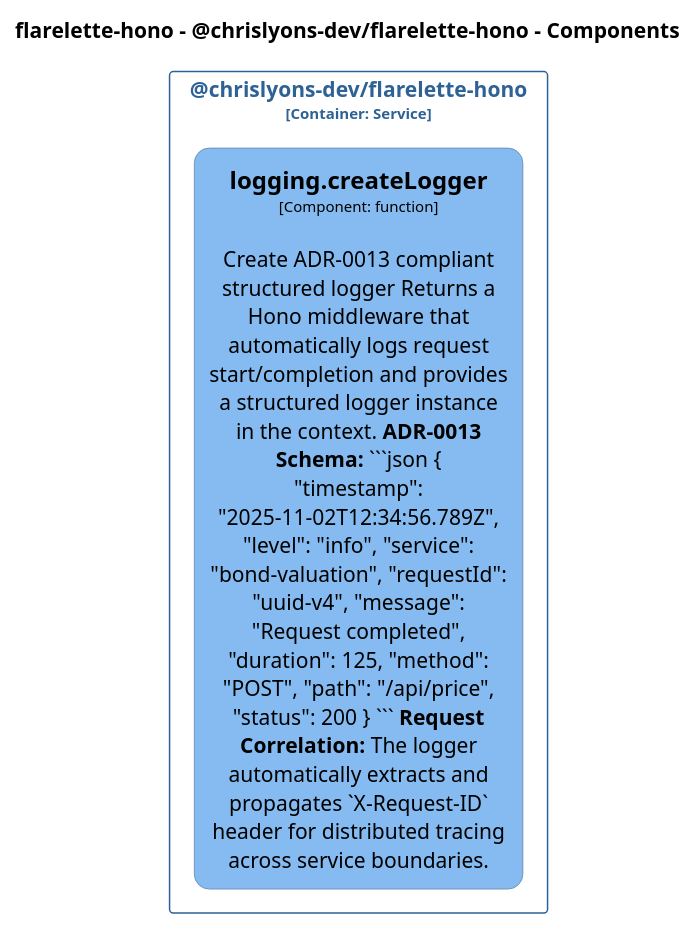
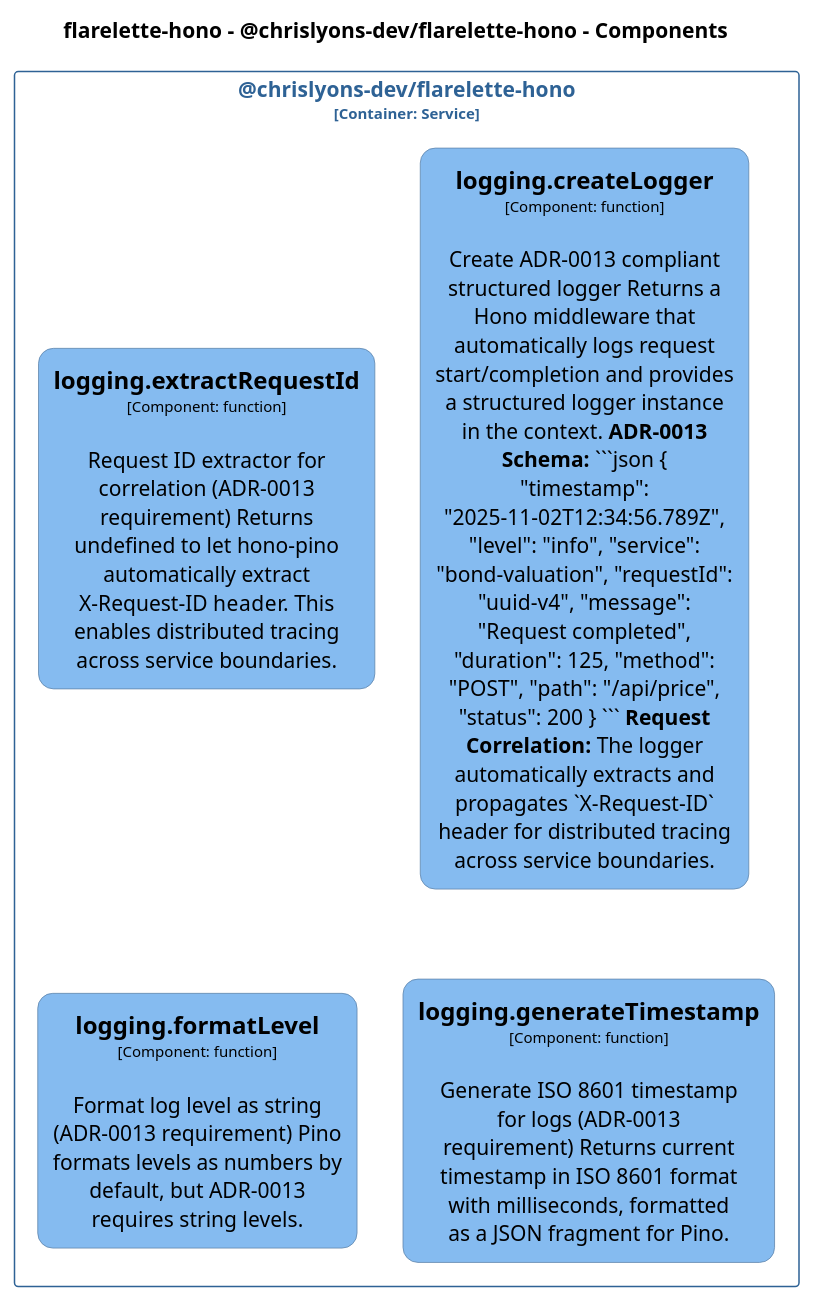
Before and after one commit to chrislyons-dev/flarelette-hono: the diagram in docs/architecture/diagrams/plantuml/structurizr-Classes_chrislyons_dev_flarelette_hono__logging.puml, drawn with PlantUML. The commit also changed 16 other files, not shown here.

````diff
--- a/docs/architecture/diagrams/plantuml/structurizr-Classes_chrislyons_dev_flarelette_hono__logging.puml
+++ b/docs/architecture/diagrams/plantuml/structurizr-Classes_chrislyons_dev_flarelette_hono__logging.puml
@@ -1,36 +1,60 @@
 @startuml
 set separator none
 title flarelette-hono - @chrislyons-dev/flarelette-hono - Components
 
 top to bottom direction
 skinparam ranksep 60
 skinparam nodesep 30
 
 skinparam {
   arrowFontSize 10
   defaultTextAlignment center
   wrapWidth 200
   maxMessageSize 100
   defaultFontName "Arial"
 }
 
 hide stereotype
 
 skinparam rectangle<<flarelettehono.chrislyonsdevflarelettehono.loggingcreateLogger>> {
   BackgroundColor #85bbf0
   FontColor #000000
   BorderColor #5d82a8
   roundCorner 20
   shadowing false
 }
+skinparam rectangle<<flarelettehono.chrislyonsdevflarelettehono.loggingextractRequestId>> {
+  BackgroundColor #85bbf0
+  FontColor #000000
+  BorderColor #5d82a8
+  roundCorner 20
+  shadowing false
+}
+skinparam rectangle<<flarelettehono.chrislyonsdevflarelettehono.loggingformatLevel>> {
+  BackgroundColor #85bbf0
+  FontColor #000000
+  BorderColor #5d82a8
+  roundCorner 20
+  shadowing false
+}
+skinparam rectangle<<flarelettehono.chrislyonsdevflarelettehono.logginggenerateTimestamp>> {
+  BackgroundColor #85bbf0
+  FontColor #000000
+  BorderColor #5d82a8
+  roundCorner 20
+  shadowing false
+}
 skinparam rectangle<<flarelettehono.chrislyonsdevflarelettehono>> {
   BorderColor #2e6295
   FontColor #2e6295
   shadowing false
 }
 
 rectangle "@chrislyons-dev/flarelette-hono\n<size:10>[Container: Service]</size>" <<flarelettehono.chrislyonsdevflarelettehono>> {
+  rectangle "==logging.extractRequestId\n<size:10>[Component: function]</size>\n\nRequest ID extractor for correlation (ADR-0013 requirement) Returns undefined to let hono-pino automatically extract X-Request-ID header. This enables distributed tracing across service boundaries." <<flarelettehono.chrislyonsdevflarelettehono.loggingextractRequestId>> as flarelettehono.chrislyonsdevflarelettehono.loggingextractRequestId
   rectangle "==logging.createLogger\n<size:10>[Component: function]</size>\n\nCreate ADR-0013 compliant structured logger Returns a Hono middleware that automatically logs request start/completion and provides a structured logger instance in the context. **ADR-0013 Schema:** ```json { "timestamp": "2025-11-02T12:34:56.789Z", "level": "info", "service": "bond-valuation", "requestId": "uuid-v4", "message": "Request completed", "duration": 125, "method": "POST", "path": "/api/price", "status": 200 } ``` **Request Correlation:** The logger automatically extracts and propagates `X-Request-ID` header for distributed tracing across service boundaries." <<flarelettehono.chrislyonsdevflarelettehono.loggingcreateLogger>> as flarelettehono.chrislyonsdevflarelettehono.loggingcreateLogger
+  rectangle "==logging.formatLevel\n<size:10>[Component: function]</size>\n\nFormat log level as string (ADR-0013 requirement) Pino formats levels as numbers by default, but ADR-0013 requires string levels." <<flarelettehono.chrislyonsdevflarelettehono.loggingformatLevel>> as flarelettehono.chrislyonsdevflarelettehono.loggingformatLevel
+  rectangle "==logging.generateTimestamp\n<size:10>[Component: function]</size>\n\nGenerate ISO 8601 timestamp for logs (ADR-0013 requirement) Returns current timestamp in ISO 8601 format with milliseconds, formatted as a JSON fragment for Pino." <<flarelettehono.chrislyonsdevflarelettehono.logginggenerateTimestamp>> as flarelettehono.chrislyonsdevflarelettehono.logginggenerateTimestamp
 }
 
 @enduml
````
